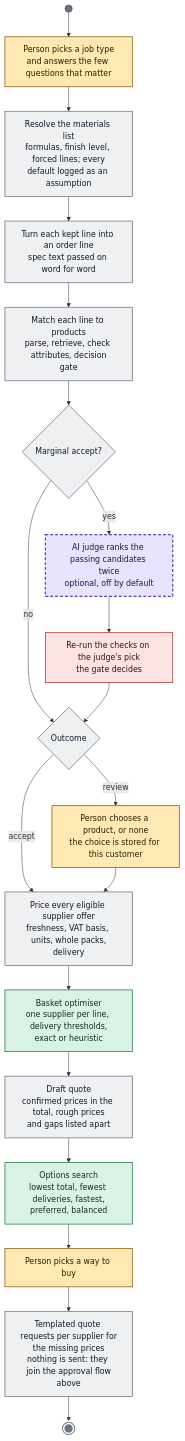
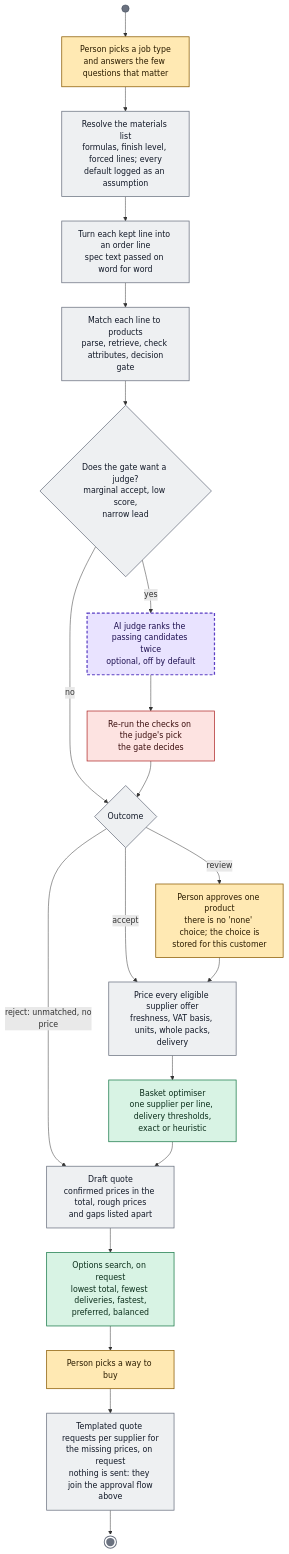
One commit to emre-akarsu/ai-commerce-ideas changed the fourth of 33 diagrams in docs/architecture/activity-diagrams.md. Above: the diagram before and after it, drawn with Mermaid. The commit also changed other lines of this file, not shown here.

First line of the commit message:
docs: correct the activity diagrams after an independent fact-check of the remaining modules and optimizations

````diff
--- a/docs/architecture/activity-diagrams.md
+++ b/docs/architecture/activity-diagrams.md
@@ -129,29 +135,30 @@
 ```mermaid
 flowchart TB
 classDef human fill:#ffe9b3,stroke:#8a5a00,color:#2a1c00,stroke-width:1.5px
 classDef rule fill:#eef0f2,stroke:#6b7280,color:#111827,stroke-width:1.5px
 classDef ai fill:#e9e3ff,stroke:#5b3fc4,color:#1e1050,stroke-width:2.5px,stroke-dasharray:6 4
 classDef opt fill:#d8f3e4,stroke:#1b7a4a,color:#0b2e1b,stroke-width:1.5px
 classDef gate fill:#fde3e1,stroke:#b02b2b,color:#3a0d0d,stroke-width:1.5px
 classDef data fill:#dbeafe,stroke:#1d4ed8,color:#0b1f4d,stroke-width:1.5px
 classDef bar fill:#6b7280,stroke:#374151,color:#ffffff
 classDef fin fill:#6b7280,stroke:#ffffff,color:#ffffff,stroke-width:3px
 S((" ")):::bar --> b1["Person picks a job type<br/>and answers the few questions that matter"]:::human
 b1 --> b2["Resolve the materials list<br/>formulas, finish level, forced lines; every<br/>default logged as an assumption"]:::rule
 b2 --> b3["Turn each kept line into an order line<br/>spec text passed on word for word"]:::rule
 b3 --> b4["Match each line to products<br/>parse, retrieve, check attributes, decision<br/>gate"]:::rule
-b4 --> d1{"Marginal accept?"}:::rule
+b4 --> d1{"Does the gate want a judge?<br/>marginal accept, low score,<br/>narrow lead"}:::rule
 d1 -->|"yes"| b5["AI judge ranks the passing candidates twice<br/>optional, off by default"]:::ai
 b5 --> b6["Re-run the checks on the judge's pick<br/>the gate decides"]:::gate
 d1 -->|"no"| b7
 b6 --> b7{"Outcome"}:::rule
-b7 -->|"review"| b8["Person chooses a product, or none<br/>the choice is stored for this customer"]:::human
+b7 -->|"review"| b8["Person approves one product<br/>there is no 'none' choice; the choice is<br/>stored for this customer"]:::human
 b7 -->|"accept"| b9
+b7 -->|"reject: unmatched, no<br/>price"| b11
 b8 --> b9["Price every eligible supplier offer<br/>freshness, VAT basis, units, whole packs,<br/>delivery"]:::rule
 b9 --> b10["Basket optimiser<br/>one supplier per line, delivery thresholds,<br/>exact or heuristic"]:::opt
 b10 --> b11["Draft quote<br/>confirmed prices in the total, rough prices<br/>and gaps listed apart"]:::rule
-b11 --> b12["Options search<br/>lowest total, fewest deliveries, fastest,<br/>preferred, balanced"]:::opt
+b11 --> b12["Options search, on request<br/>lowest total, fewest deliveries, fastest,<br/>preferred, balanced"]:::opt
 b12 --> b13["Person picks a way to buy"]:::human
-b13 --> b14["Templated quote requests per supplier for<br/>the missing prices<br/>nothing is sent: they join the approval flow<br/>above"]:::rule
+b13 --> b14["Templated quote requests per supplier for<br/>the missing prices, on request<br/>nothing is sent: they join the approval flow<br/>above"]:::rule
 b14 --> E(((" "))):::fin
 ```
````
